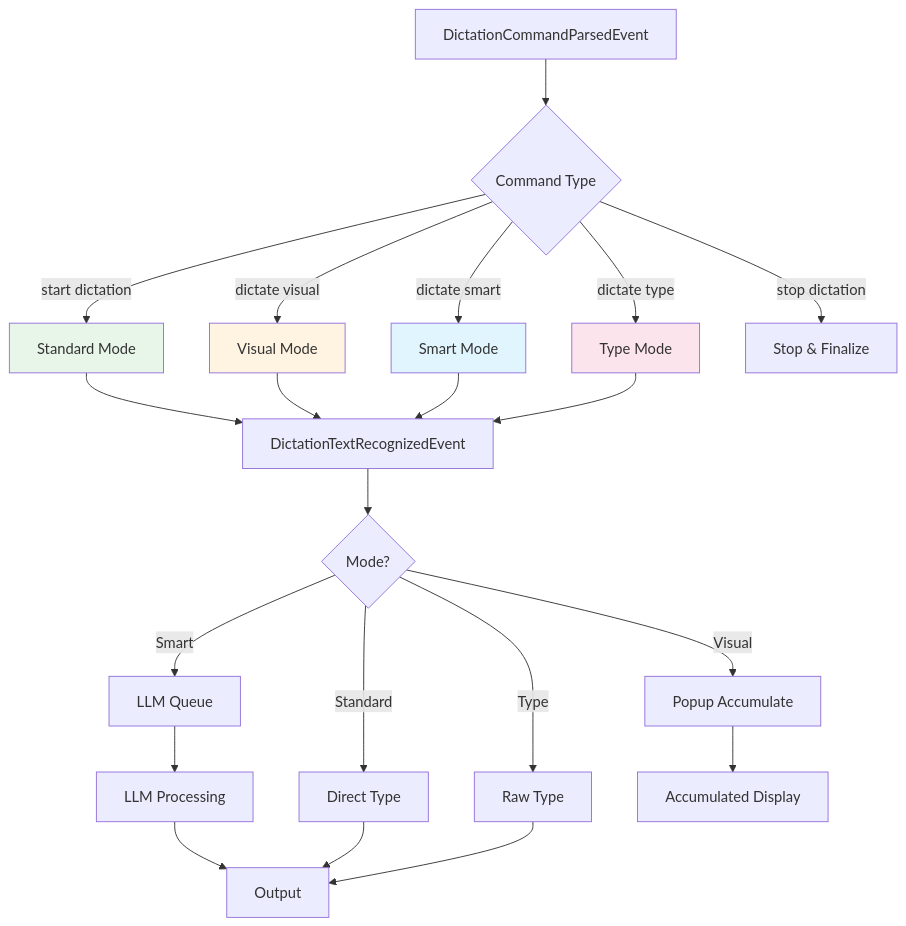
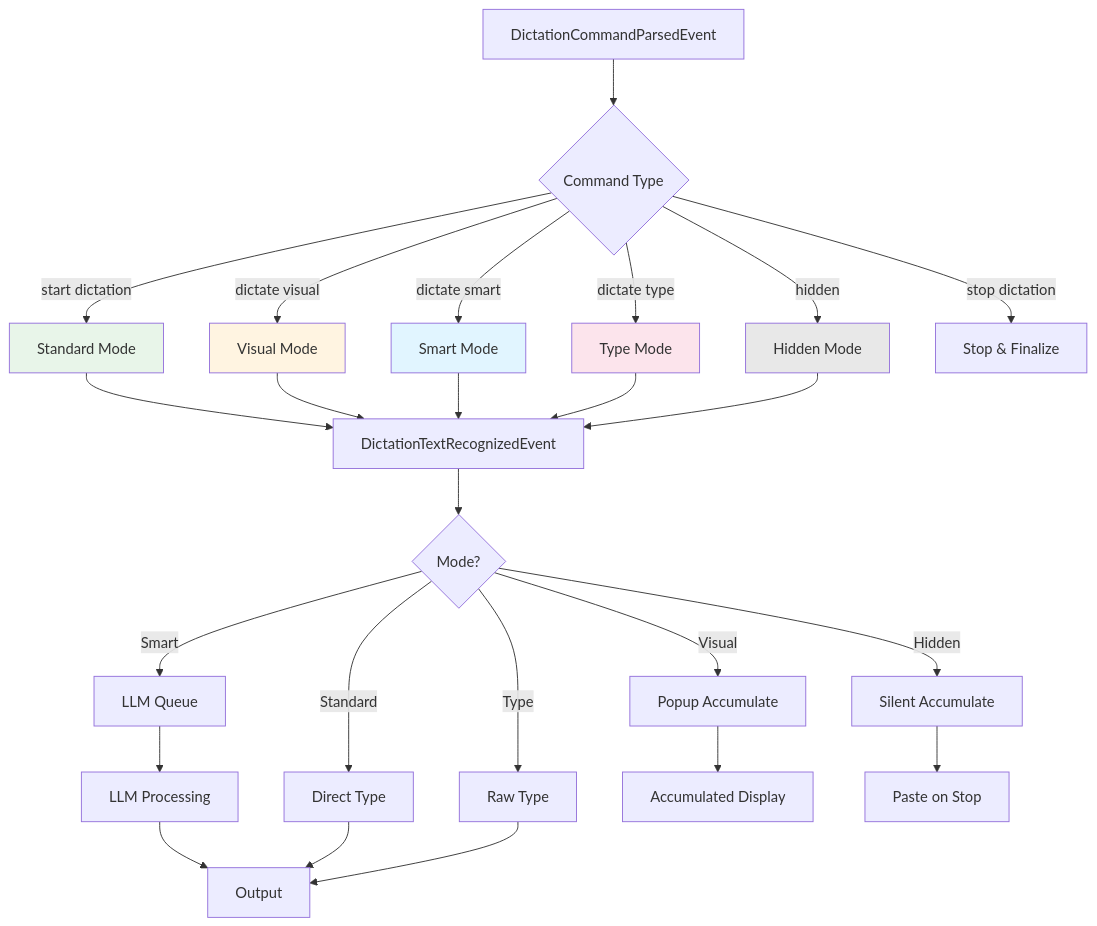
One commit to rick12000/vocalance changed the first of 7 diagrams in docs/developer/dictation_system.rst. Above: the diagram before and after it, drawn with Mermaid. The commit also changed other lines of this file and 66 other files, not shown here.

```diff
--- a/docs/developer/dictation_system.rst
+++ b/docs/developer/dictation_system.rst
@@ -11,31 +11,36 @@
 .. mermaid::
 
    flowchart TD
        A[DictationCommandParsedEvent] --> B{Command Type}
        B -->|start dictation| C[Standard Mode]
        B -->|dictate visual| D[Visual Mode]
        B -->|dictate smart| E[Smart Mode]
        B -->|dictate type| F[Type Mode]
-       B -->|stop dictation| G[Stop & Finalize]
+       B -->|hidden| G[Hidden Mode]
+       B -->|stop dictation| H[Stop & Finalize]
 
-       C --> H[DictationTextRecognizedEvent]
-       D --> H
-       E --> H
-       F --> H
+       C --> I[DictationTextRecognizedEvent]
+       D --> I
+       E --> I
+       F --> I
+       G --> I
 
-       H --> I{Mode?}
-       I -->|Standard| J[Direct Type]
-       I -->|Visual| K[Popup Accumulate]
-       I -->|Smart| L[LLM Queue]
-       I -->|Type| M[Raw Type]
+       I --> J{Mode?}
+       J -->|Standard| K[Direct Type]
+       J -->|Visual| L[Popup Accumulate]
+       J -->|Smart| M[LLM Queue]
+       J -->|Type| N[Raw Type]
+       J -->|Hidden| O[Silent Accumulate]
 
-       L --> N[LLM Processing]
-       N --> O[Output]
-       J --> O
-       K --> P[Accumulated Display]
-       M --> O
+       M --> P[LLM Processing]
+       P --> Q[Output]
+       K --> Q
+       L --> R[Accumulated Display]
+       N --> Q
+       O --> S[Paste on Stop]
 
        style C fill:#e8f5e9
        style D fill:#fff4e1
        style E fill:#e1f5ff
        style F fill:#fce4ec
+       style G fill:#e8e8e8
```
